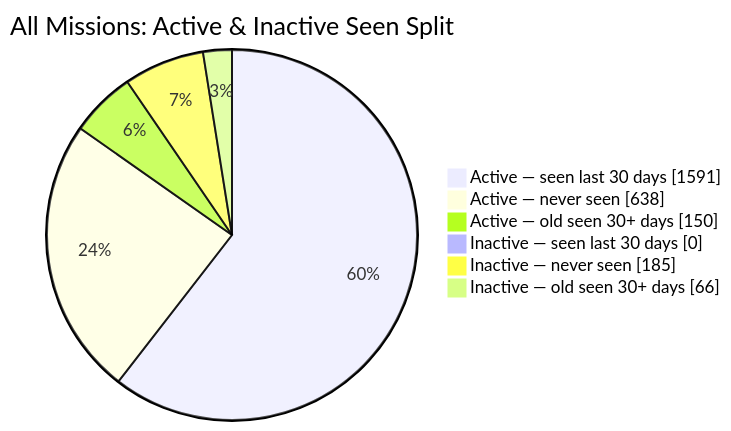
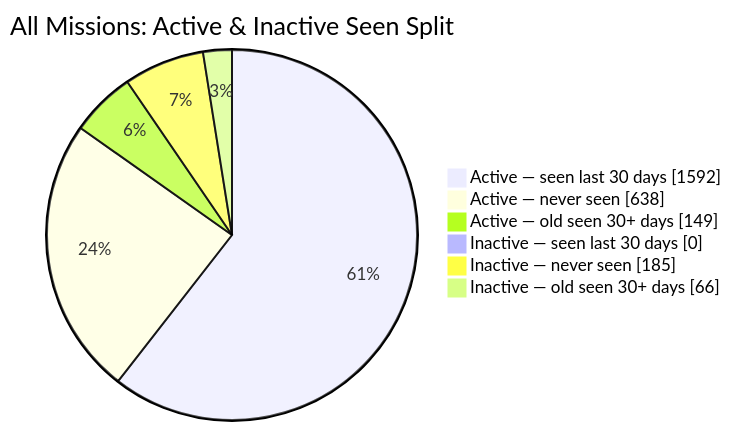
Before and after one commit to MeldkamerspelGameTeam/active-missions: the second of 2 diagrams in README.md, drawn with Mermaid. The commit also changed other lines of this file and 3 other files, not shown here.

````diff
--- a/README.md
+++ b/README.md
@@ -44,10 +44,10 @@
 ```mermaid
 pie showData
     title All Missions: Active & Inactive Seen Split
-    "Active — seen last 30 days" : 1591
+    "Active — seen last 30 days" : 1592
     "Active — never seen" : 638
-    "Active — old seen 30+ days" : 150
+    "Active — old seen 30+ days" : 149
     "Inactive — seen last 30 days" : 0
     "Inactive — never seen" : 185
     "Inactive — old seen 30+ days" : 66
 ```
````
